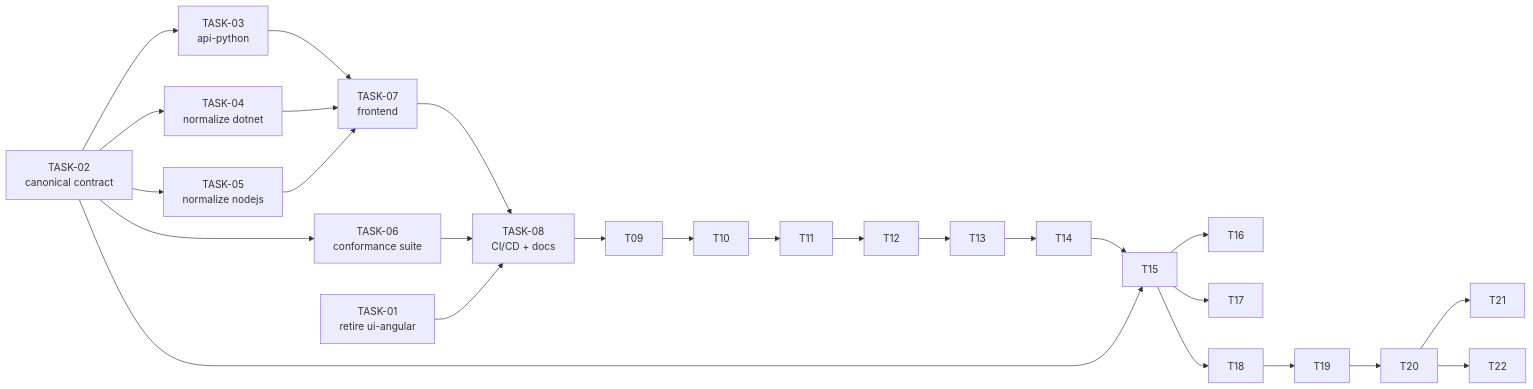
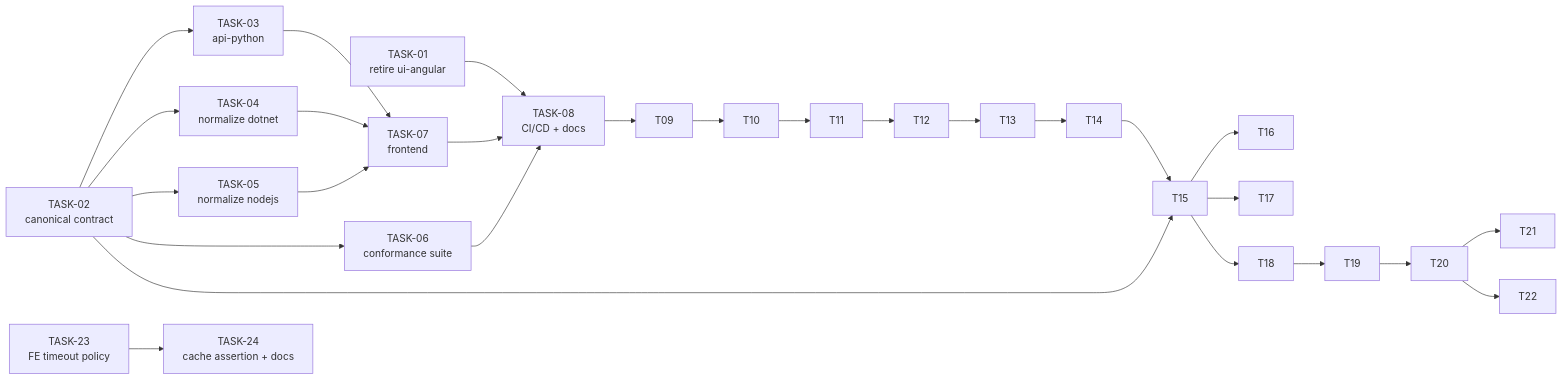
The diagram in docs/tasks/README.md (RegExTester/regex-tester), drawn with Mermaid before and after one commit. The commit also changed other lines of this file and 9 other files, not shown here.

````diff
--- a/docs/tasks/README.md
+++ b/docs/tasks/README.md
@@ -37,29 +40,30 @@
 ```mermaid
 graph LR
   T01[TASK-01<br/>retire ui-angular]
   T02[TASK-02<br/>canonical contract]
   T03[TASK-03<br/>api-python]
   T04[TASK-04<br/>normalize dotnet]
   T05[TASK-05<br/>normalize nodejs]
   T06[TASK-06<br/>conformance suite]
   T07[TASK-07<br/>frontend]
   T08[TASK-08<br/>CI/CD + docs]
 
   T02 --> T03 --> T07
   T02 --> T04 --> T07
   T02 --> T05 --> T07
   T02 --> T06
   T07 --> T08
   T06 --> T08
   T01 --> T08
   T08 --> T09 --> T10
   T10 --> T11 --> T12 --> T13 --> T14
   T14 --> T15
   T02 --> T15
   T15 --> T16
   T15 --> T17
   T15 --> T18
   T18 --> T19 --> T20
   T20 --> T21
   T20 --> T22
+  T23[TASK-23<br/>FE timeout policy] --> T24[TASK-24<br/>cache assertion + docs]
 ```
````
